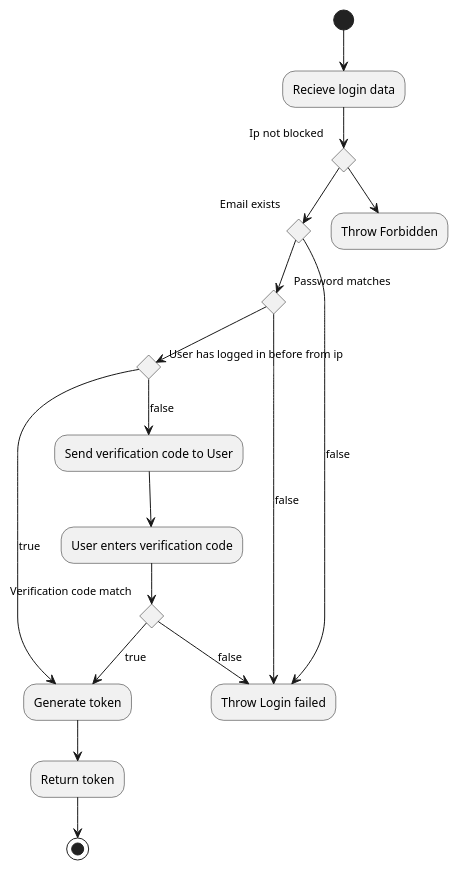
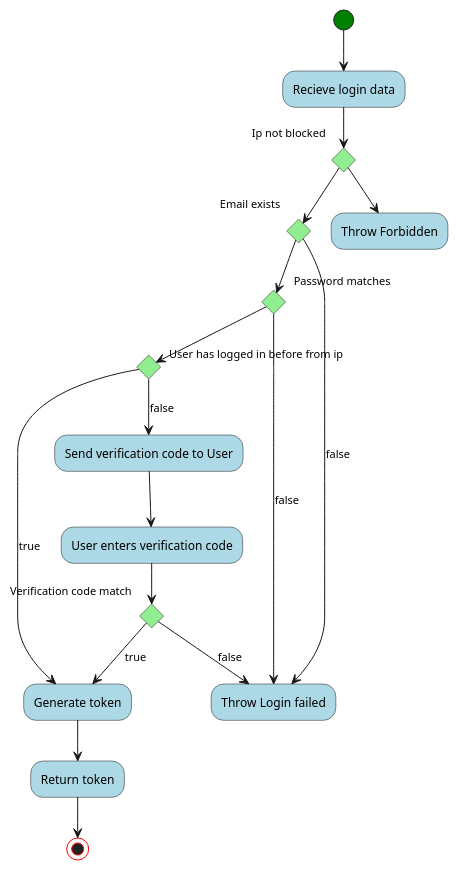
Before and after one commit to blackout1471/trust-us-school: the diagram in Docs/FlowCharts/LoginFlowChart.plantuml, drawn with PlantUML. The commit also changed 16 other files, not shown here.

First line of the commit message:
Misuse diagram (#14)

```diff
--- a/Docs/FlowCharts/LoginFlowChart.plantuml
+++ b/Docs/FlowCharts/LoginFlowChart.plantuml
@@ -1,31 +1,40 @@
 @startuml Login Flowchart
+
+skinparam activity {
+    BackgroundColor lightblue
+    
+    StartColor green
+    EndColor red
+    
+    diamondBackgroundColor lightgreen
+}
 
 (*) --> "Recieve login data"
 
-if "Ip not blocked " then
+if "Ip not blocked" then
     if "Email exists" then
         if "Password matches" then
             if "User has logged in before from ip" then
                 -->[true] "Generate token"
                 --> "Return token"
                 --> (*)
             else
                 -->[false] Send verification code to User
                 --> User enters verification code
                 if "Verification code match" then
                 -->[true] "Generate token"
                 else
                 -->[false] "Throw Login failed"
                 end if
             end if 
         else
             -->[false] "Throw Login failed"
         end if
     else
       -->[false] "Throw Login failed"
 
     end if 
 else 
  --> "Throw Forbidden"
 end if
 @enduml
```
